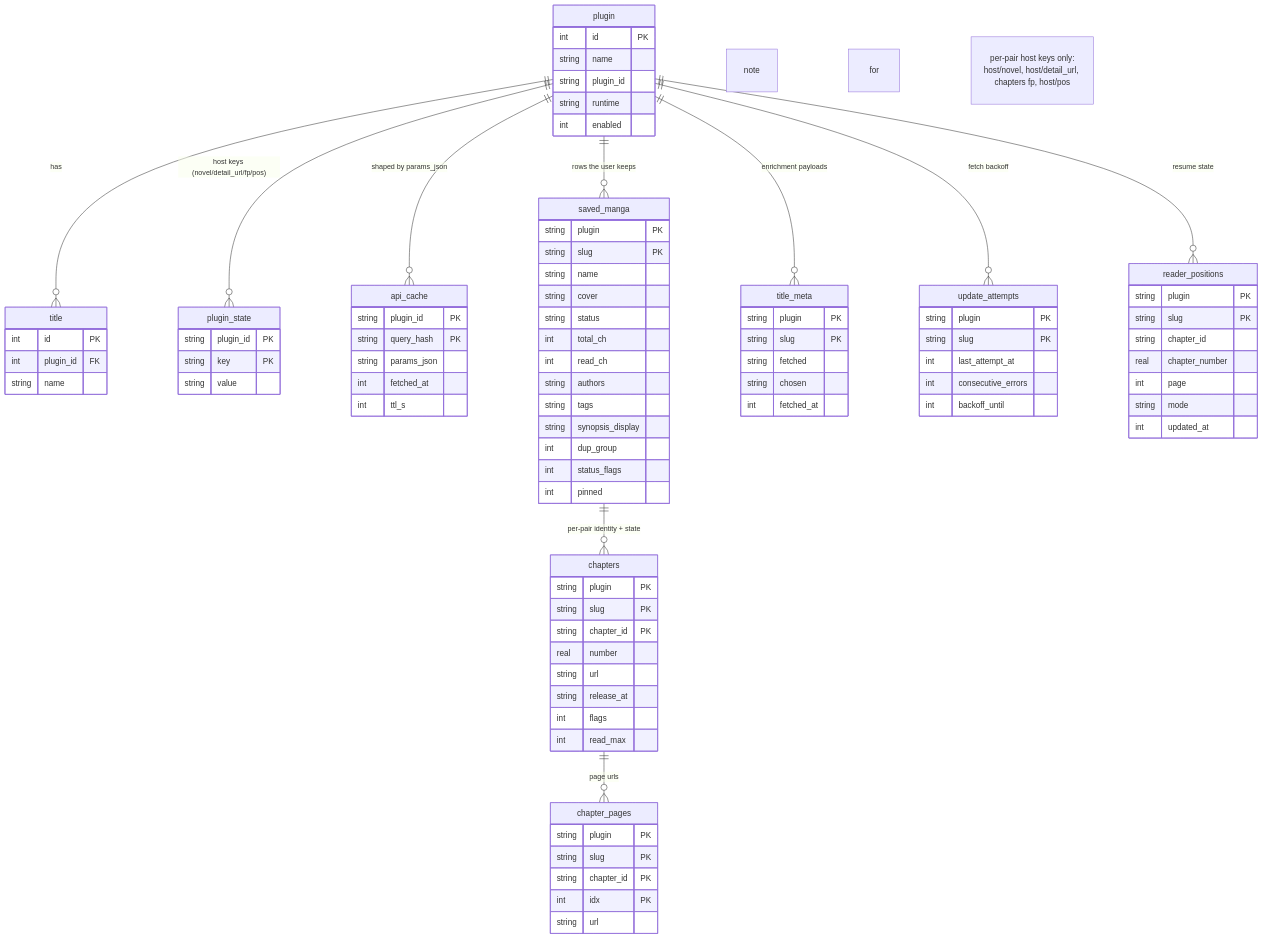
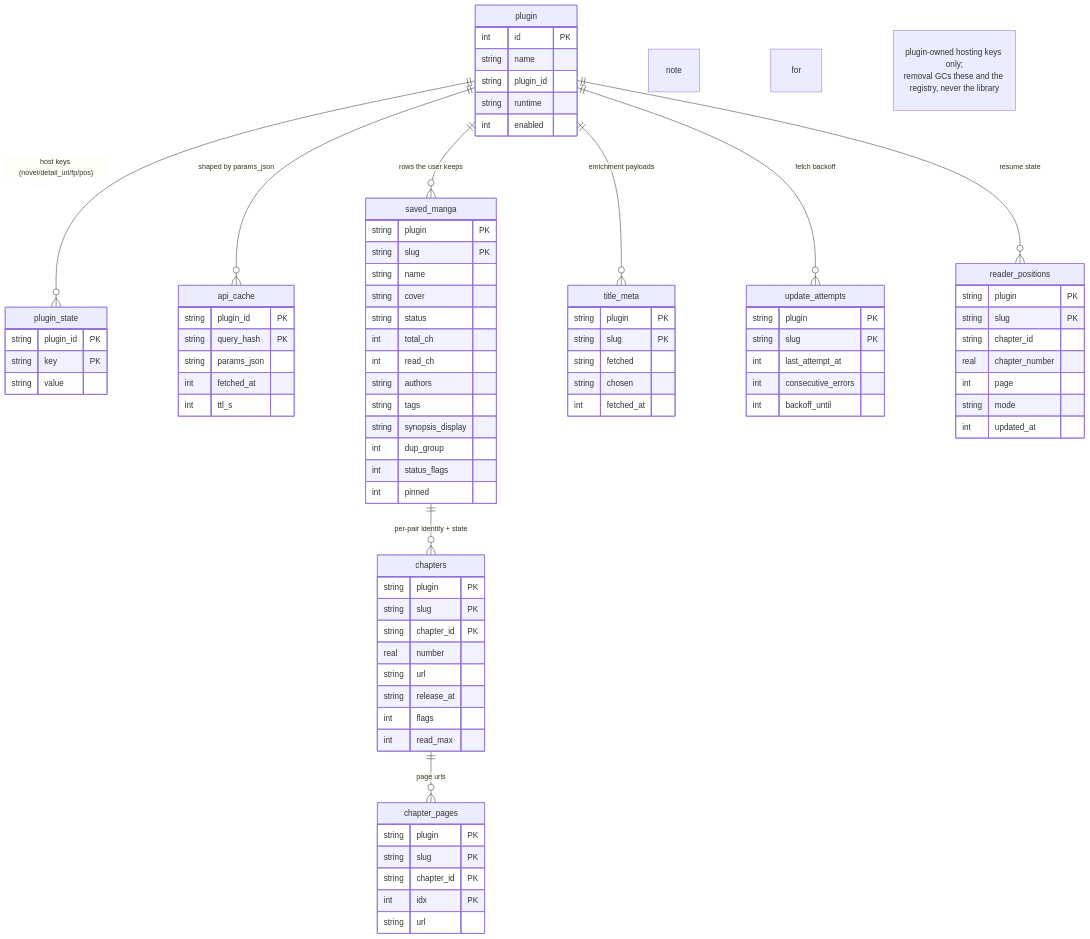
One commit to kenzanin/cppIsekai changed the third of 3 diagrams in README.md. Above: the diagram before and after it, drawn with Mermaid. The commit also changed other lines of this file and 29 other files, not shown here.

````diff
--- a/README.md
+++ b/README.md
@@ -137,6 +137,5 @@
 ```mermaid
 erDiagram
-    plugin ||--o{ title : "has"
     plugin ||--o{ plugin_state : "host keys (novel/detail_url/fp/pos)"
     plugin ||--o{ api_cache : "shaped by params_json"
     plugin ||--o{ saved_manga : "rows the user keeps"
@@ -152,11 +151,6 @@
         string plugin_id
         string runtime
         int enabled
-    }
-    title {
-        int id PK
-        int plugin_id FK
-        string name
     }
     saved_manga {
         string plugin PK
@@ -218,7 +212,7 @@
         string key PK
         string value
     }
-    note for plugin_state "per-pair host keys only:<br/>host/novel, host/detail_url, chapters fp, host/pos"
+    note for plugin_state "plugin-owned hosting keys only;<br/>removal GCs these and the registry, never the library"
     update_attempts {
         string plugin PK
         string slug PK
````
